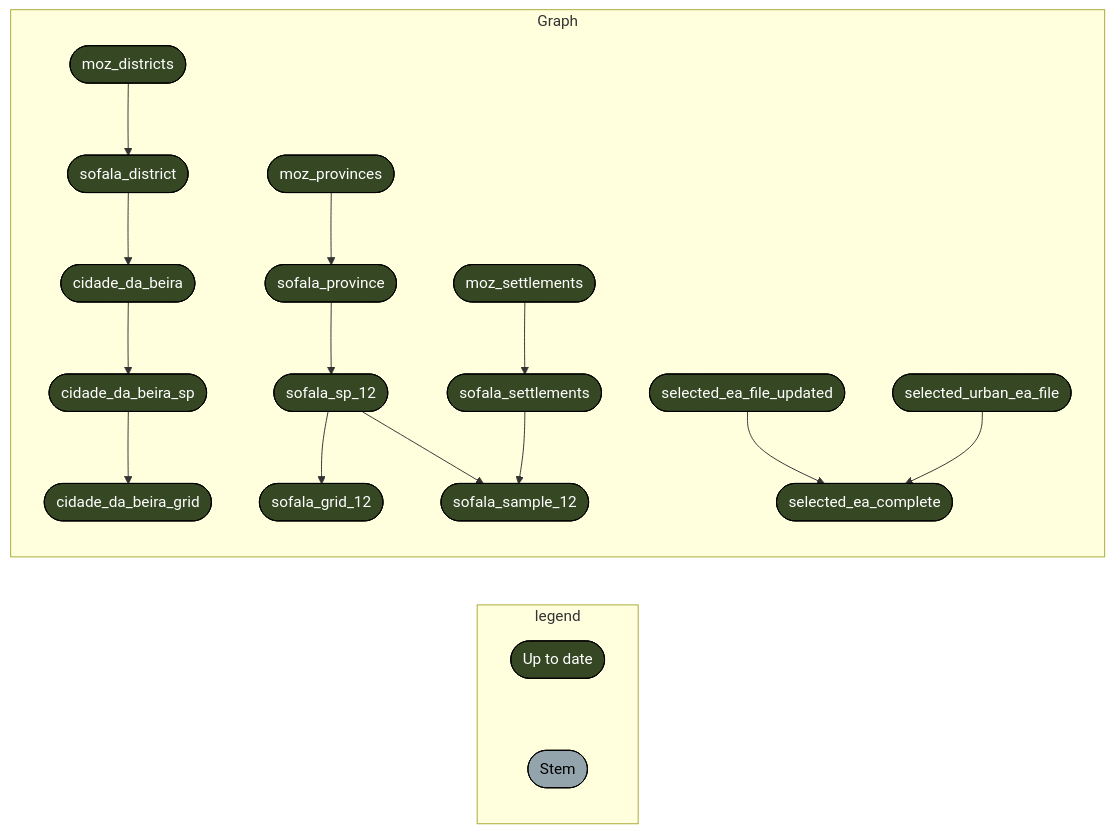
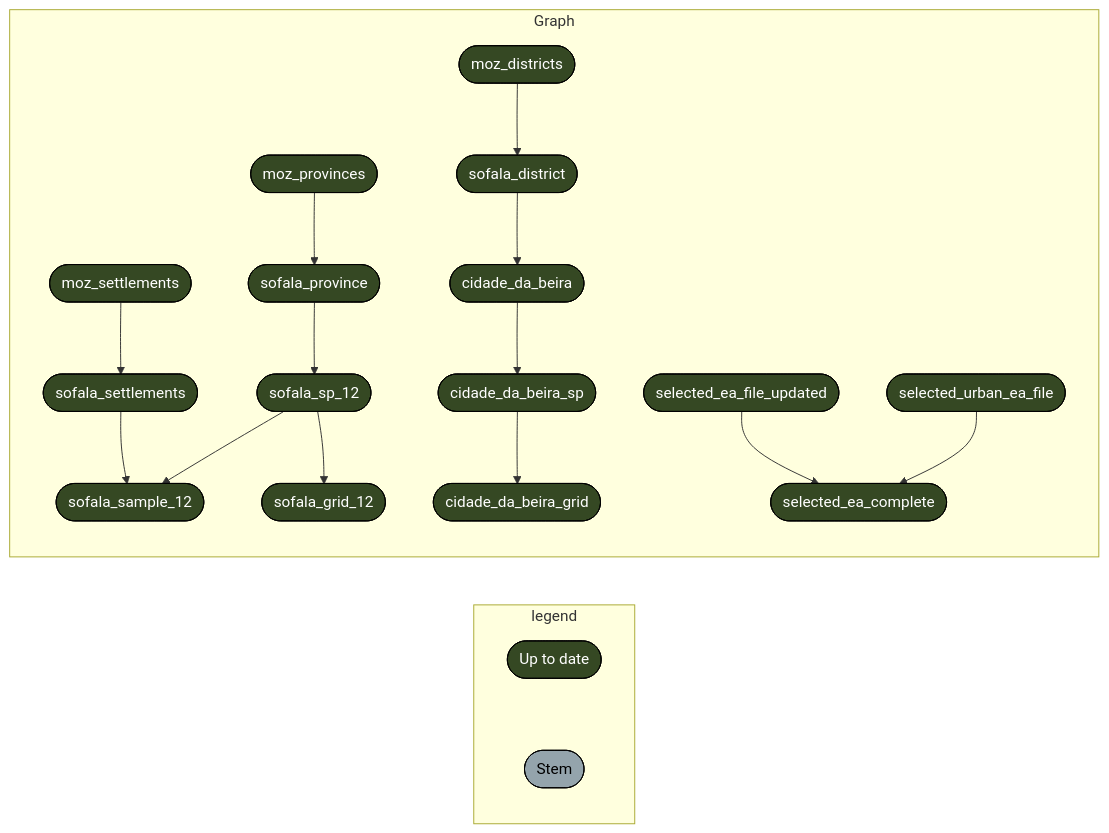
Before and after one commit to katilingban/mozambique-s3m: the first of 3 diagrams in README.md, drawn with Mermaid. The commit also changed other lines of this file and 7 other files, not shown here.

````diff
--- a/README.md
+++ b/README.md
@@ -29,23 +29,23 @@
 ``` mermaid
 graph LR
   subgraph legend
     x7420bd9270f8d27d([""Up to date""]):::uptodate --- xbf4603d6c2c2ad6b([""Stem""]):::none
   end
   subgraph Graph
-    x2ae35f7d7ffcedde(["moz_districts"]):::uptodate --> xac05260670c94749(["sofala_district"]):::uptodate
+    xeb7dee2731da6b05(["moz_settlements"]):::uptodate --> xb7ac41c07a011c84(["sofala_settlements"]):::uptodate
+    x216c8615edb5b18d(["cidade_da_beira_sp"]):::uptodate --> x91135f521fae67c1(["cidade_da_beira_grid"]):::uptodate
     x75893273a2726411(["moz_provinces"]):::uptodate --> x89b92e016b1a0789(["sofala_province"]):::uptodate
-    xac05260670c94749(["sofala_district"]):::uptodate --> x07b06a64d6979765(["cidade_da_beira"]):::uptodate
-    x36ac982d46cbe0a5(["sofala_sp_12"]):::uptodate --> x3e8475df052020ee(["sofala_grid_12"]):::uptodate
-    x216c8615edb5b18d(["cidade_da_beira_sp"]):::uptodate --> x91135f521fae67c1(["cidade_da_beira_grid"]):::uptodate
+    x89b92e016b1a0789(["sofala_province"]):::uptodate --> x36ac982d46cbe0a5(["sofala_sp_12"]):::uptodate
+    x07b06a64d6979765(["cidade_da_beira"]):::uptodate --> x216c8615edb5b18d(["cidade_da_beira_sp"]):::uptodate
     xb7ac41c07a011c84(["sofala_settlements"]):::uptodate --> xbac0d63338e90727(["sofala_sample_12"]):::uptodate
     x36ac982d46cbe0a5(["sofala_sp_12"]):::uptodate --> xbac0d63338e90727(["sofala_sample_12"]):::uptodate
-    x07b06a64d6979765(["cidade_da_beira"]):::uptodate --> x216c8615edb5b18d(["cidade_da_beira_sp"]):::uptodate
+    xac05260670c94749(["sofala_district"]):::uptodate --> x07b06a64d6979765(["cidade_da_beira"]):::uptodate
+    x2ae35f7d7ffcedde(["moz_districts"]):::uptodate --> xac05260670c94749(["sofala_district"]):::uptodate
     x3fcad629bf609680(["selected_ea_file_updated"]):::uptodate --> x92e3f678d50e7191(["selected_ea_complete"]):::uptodate
     xfdb6a9b6a0e24e2c(["selected_urban_ea_file"]):::uptodate --> x92e3f678d50e7191(["selected_ea_complete"]):::uptodate
-    x89b92e016b1a0789(["sofala_province"]):::uptodate --> x36ac982d46cbe0a5(["sofala_sp_12"]):::uptodate
-    xeb7dee2731da6b05(["moz_settlements"]):::uptodate --> xb7ac41c07a011c84(["sofala_settlements"]):::uptodate
+    x36ac982d46cbe0a5(["sofala_sp_12"]):::uptodate --> x3e8475df052020ee(["sofala_grid_12"]):::uptodate
   end
   classDef uptodate stroke:#000000,color:#ffffff,fill:#354823;
   classDef none stroke:#000000,color:#000000,fill:#94a4ac;
   linkStyle 0 stroke-width:0px;
 ```
````
